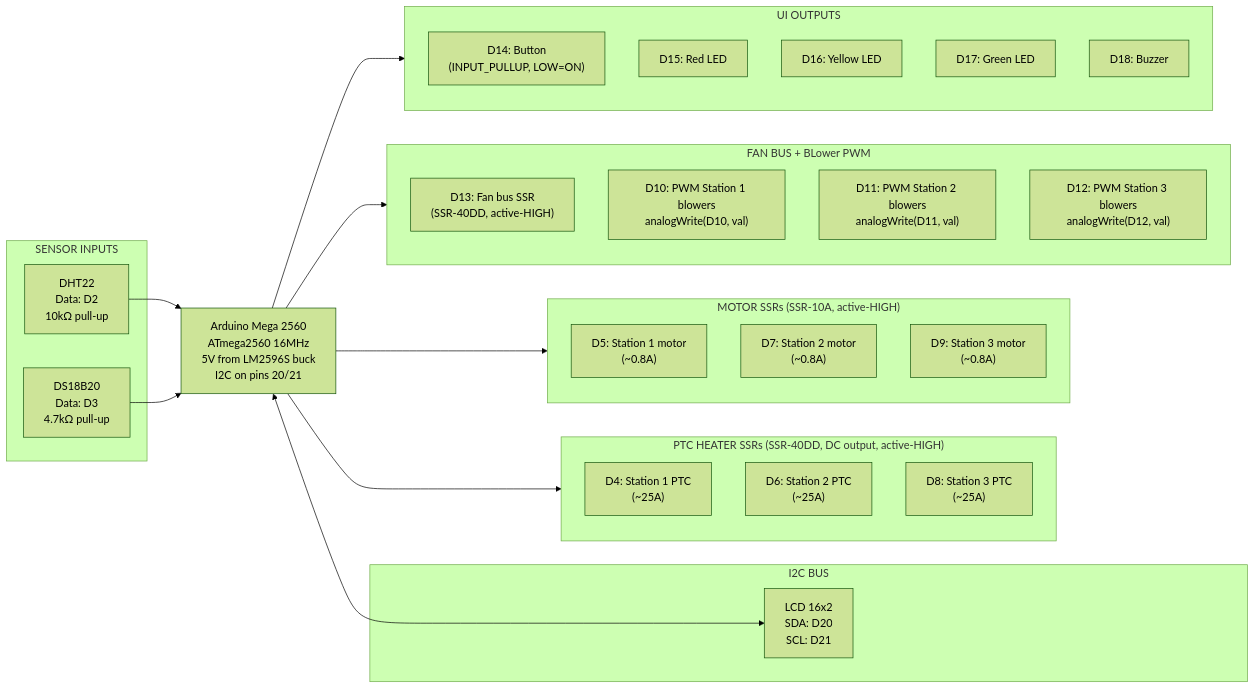
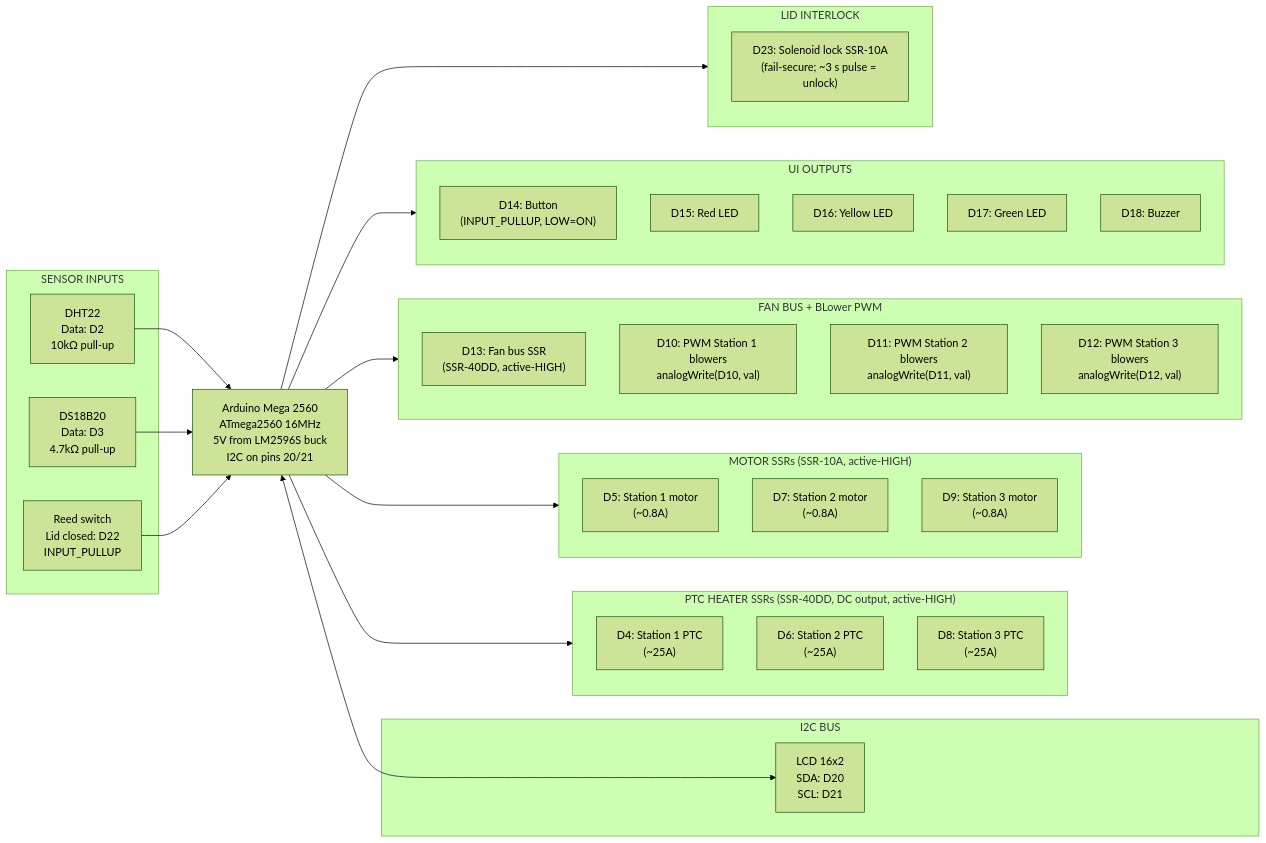
The fourth of 4 diagrams in docs/BLOCK-DIAGRAM.md (qppd/umbrella-dryer-v2), drawn with Mermaid (forest theme) before and after one commit. The commit also changed other lines of this file and 18 other files, not shown here.

First line of the commit message:
Rev 10: Add lid safety interlock (reed switch D22 + solenoid lock D23)

````diff
--- a/docs/BLOCK-DIAGRAM.md
+++ b/docs/BLOCK-DIAGRAM.md
@@ -133,48 +137,55 @@
 ```mermaid
 flowchart LR
     subgraph IN["SENSOR INPUTS"]
         DHT["DHT22<br/>Data: D2<br/>10kΩ pull-up"]
         DS["DS18B20<br/>Data: D3<br/>4.7kΩ pull-up"]
+        REED["Reed switch<br/>Lid closed: D22<br/>INPUT_PULLUP"]
     end
 
     MEGA["Arduino Mega 2560<br/>ATmega2560 16MHz<br/>5V from LM2596S buck<br/>I2C on pins 20/21"]
 
     subgraph I2C["I2C BUS"]
         LCD["LCD 16x2<br/>SDA: D20<br/>SCL: D21"]
     end
 
     subgraph PTC_OUT["PTC HEATER SSRs (SSR-40DD, DC output, active-HIGH)"]
         R1["D4: Station 1 PTC<br/>(~25A)"]
         R2["D6: Station 2 PTC<br/>(~25A)"]
         R3["D8: Station 3 PTC<br/>(~25A)"]
     end
 
     subgraph MOT_OUT["MOTOR SSRs (SSR-10A, active-HIGH)"]
         M1["D5: Station 1 motor<br/>(~0.8A)"]
         M2["D7: Station 2 motor<br/>(~0.8A)"]
         M3["D9: Station 3 motor<br/>(~0.8A)"]
     end
 
     subgraph FAN_OUT["FAN BUS + BLower PWM"]
         FB["D13: Fan bus SSR<br/>(SSR-40DD, active-HIGH)"]
         E1["D10: PWM Station 1 blowers<br/>analogWrite(D10, val)"]
         E2["D11: PWM Station 2 blowers<br/>analogWrite(D11, val)"]
         E3["D12: PWM Station 3 blowers<br/>analogWrite(D12, val)"]
     end
 
     subgraph UI_OUT["UI OUTPUTS"]
         BTN["D14: Button<br/>(INPUT_PULLUP, LOW=ON)"]
         LED_R["D15: Red LED"]
         LED_Y["D16: Yellow LED"]
         LED_G["D17: Green LED"]
         BUZ["D18: Buzzer"]
     end
 
+    subgraph LID_OUT["LID INTERLOCK"]
+        SOLN["D23: Solenoid lock SSR-10A<br/>(fail-secure; ~3 s pulse = unlock)"]
+    end
+
     DHT --> MEGA
     DS --> MEGA
+    REED --> MEGA
     MEGA <--> LCD
     MEGA --> PTC_OUT
     MEGA --> MOT_OUT
     MEGA --> FAN_OUT
     MEGA --> UI_OUT
+    MEGA --> LID_OUT
 ```
````
